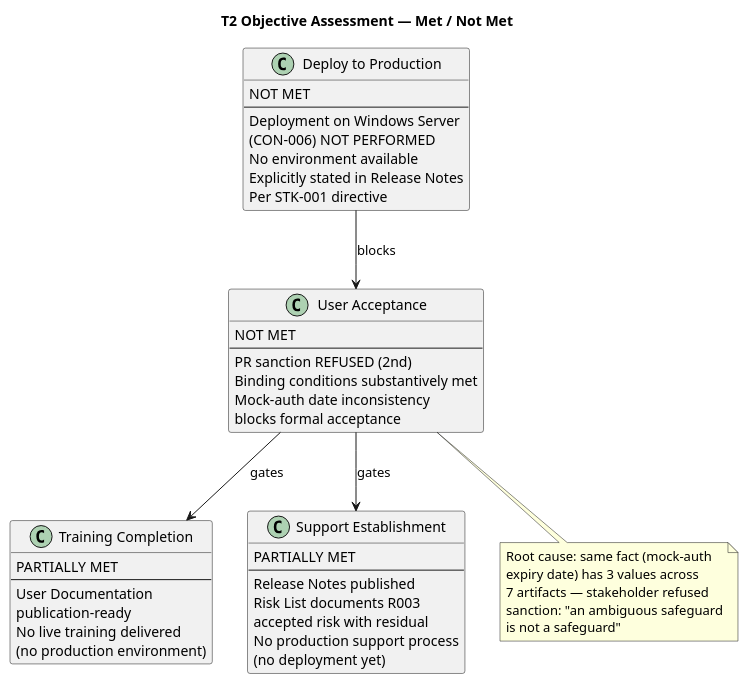
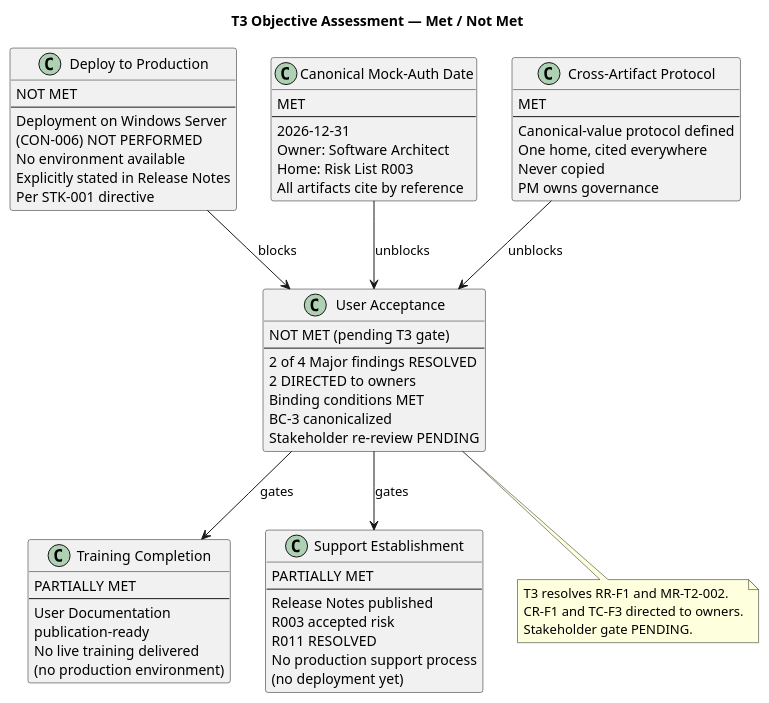
One commit to banense-test/portal-cuba-corp changed the first of 2 diagrams in docs/artifacts/project-management/iteration-assessment.md. Above: the diagram before and after it, drawn with PlantUML. The commit also changed other lines of this file, not shown here.

First line of the commit message:
Project Manager [T3]: upsert Iteration Assessment

````diff
--- a/docs/artifacts/project-management/iteration-assessment.md
+++ b/docs/artifacts/project-management/iteration-assessment.md
@@ -26,52 +29,73 @@
 ```plantuml
 @startuml
-title T2 Objective Assessment — Met / Not Met
+title T3 Objective Assessment — Met / Not Met
 
 skinparam classAttributeIconSize 0
 
 class "Deploy to Production" as OBJ1 {
   NOT MET
   --
   Deployment on Windows Server
   (CON-006) NOT PERFORMED
   No environment available
   Explicitly stated in Release Notes
   Per STK-001 directive
 }
 
 class "User Acceptance" as OBJ2 {
-  NOT MET
+  NOT MET (pending T3 gate)
   --
-  PR sanction REFUSED (2nd)
-  Binding conditions substantively met
-  Mock-auth date inconsistency
-  blocks formal acceptance
+  2 of 4 Major findings RESOLVED
+  2 DIRECTED to owners
+  Binding conditions MET
+  BC-3 canonicalized
+  Stakeholder re-review PENDING
 }
 
 class "Training Completion" as OBJ3 {
   PARTIALLY MET
   --
   User Documentation
   publication-ready
   No live training delivered
   (no production environment)
 }
 
 class "Support Establishment" as OBJ4 {
   PARTIALLY MET
   --
   Release Notes published
-  Risk List documents R003
-  accepted risk with residual
+  R003 accepted risk
+  R011 RESOLVED
   No production support process
   (no deployment yet)
+}
+
+class "Canonical Mock-Auth Date" as OBJ5 {
+  MET
+  --
+  2026-12-31
+  Owner: Software Architect
+  Home: Risk List R003
+  All artifacts cite by reference
+}
+
+class "Cross-Artifact Protocol" as OBJ6 {
+  MET
+  --
+  Canonical-value protocol defined
+  One home, cited everywhere
+  Never copied
+  PM owns governance
 }
 
 OBJ1 --> OBJ2 : blocks
 OBJ2 --> OBJ3 : gates
 OBJ2 --> OBJ4 : gates
+OBJ5 --> OBJ2 : unblocks
+OBJ6 --> OBJ2 : unblocks
 
-note bottom of OBJ2 : Root cause: same fact (mock-auth\nexpiry date) has 3 values across\n7 artifacts — stakeholder refused\nsanction: "an ambiguous safeguard\nis not a safeguard"
+note bottom of OBJ2 : T3 resolves RR-F1 and MR-T2-002.\nCR-F1 and TC-F3 directed to owners.\nStakeholder gate PENDING.
 
 @enduml
 ```
````
